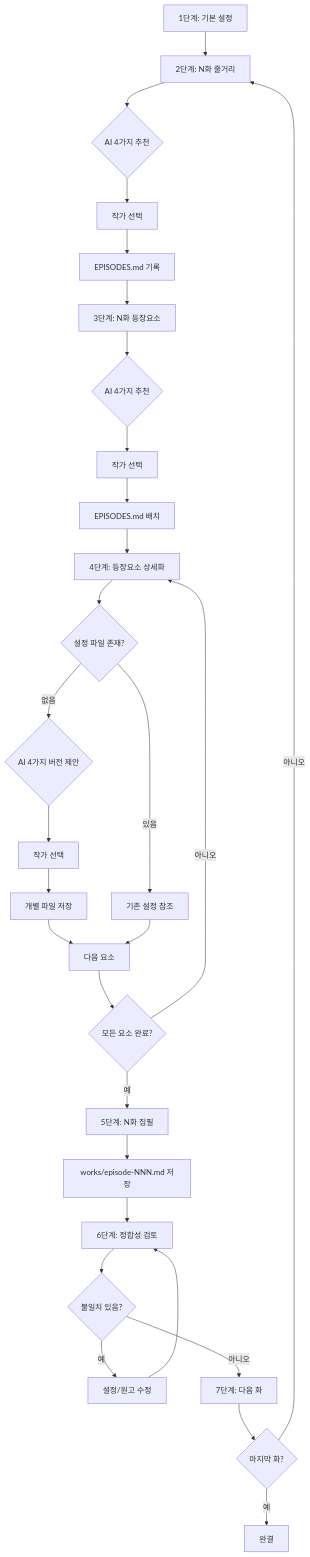
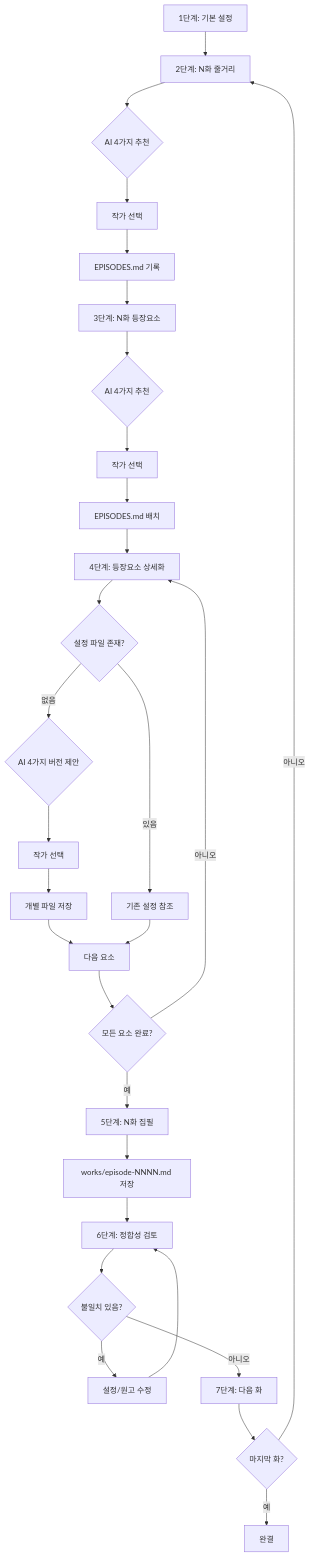
One commit to 0disoft/vibe-coding changed the diagram in .vibe-coding/WEBNOVEL/WORKFLOW.md. Above: the diagram before and after it, drawn with Mermaid. The commit also changed other lines of this file and 5 other files, not shown here.

````diff
--- a/.vibe-coding/WEBNOVEL/WORKFLOW.md
+++ b/.vibe-coding/WEBNOVEL/WORKFLOW.md
@@ -5,37 +5,37 @@
 ```mermaid
 flowchart TD
     A[1단계: 기본 설정] --> B[2단계: N화 줄거리]
     B --> C{AI 4가지 추천}
     C --> D[작가 선택]
     D --> E[EPISODES.md 기록]
     
     E --> F[3단계: N화 등장요소]
     F --> G{AI 4가지 추천}
     G --> H[작가 선택]
     H --> I[EPISODES.md 배치]
     
     I --> J[4단계: 등장요소 상세화]
     J --> K{설정 파일 존재?}
     K -->|없음| L{AI 4가지 버전 제안}
     L --> M[작가 선택]
     M --> N[개별 파일 저장]
     K -->|있음| O[기존 설정 참조]
     N --> P[다음 요소]
     O --> P
     P --> J2{모든 요소 완료?}
     J2 -->|아니오| J
     J2 -->|예| Q
     
     Q[5단계: N화 집필]
-    Q --> R[works/episode-NNN.md 저장]
+    Q --> R[works/episode-NNNN.md 저장]
     
     R --> S[6단계: 정합성 검토]
     S --> T{불일치 있음?}
     T -->|예| U[설정/원고 수정]
     U --> S
     T -->|아니오| V[7단계: 다음 화]
     
     V --> W{마지막 화?}
     W -->|아니오| B
     W -->|예| X[완결]
 ```
````
